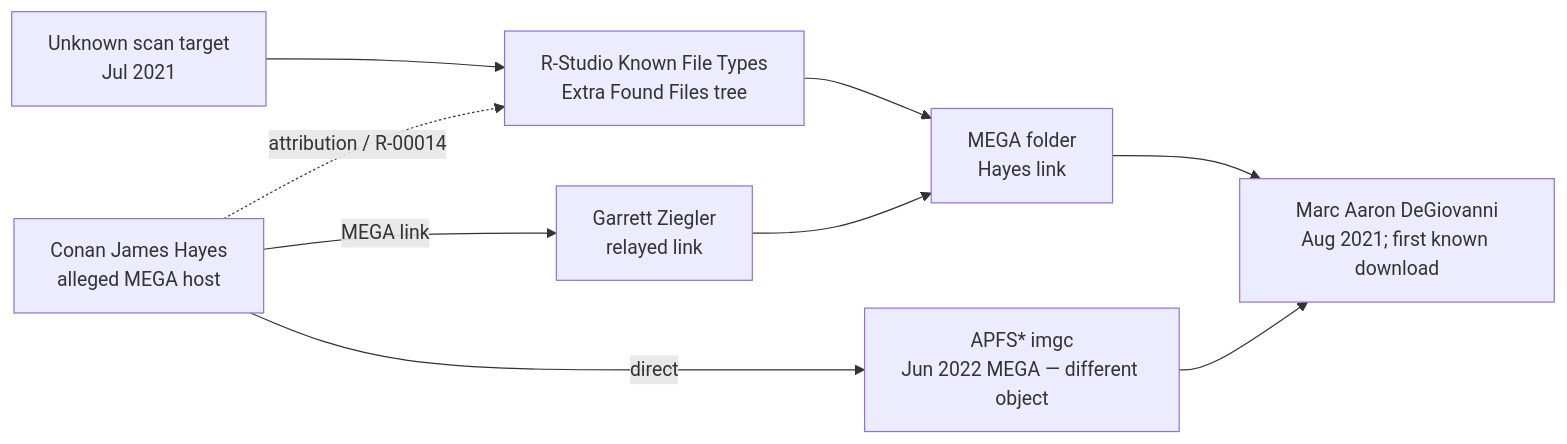
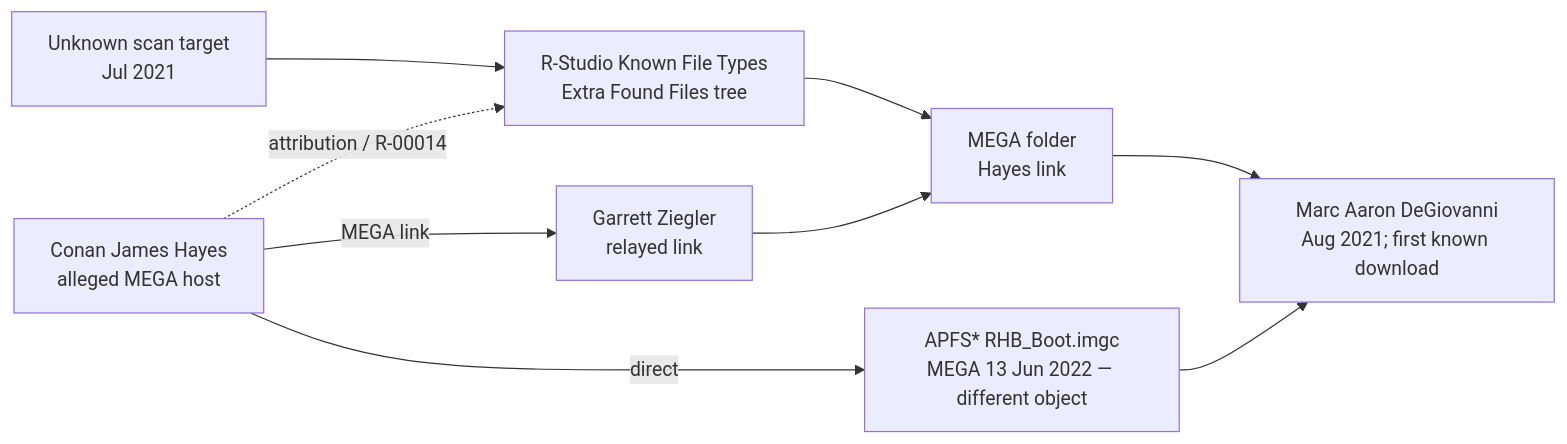
One commit to 459Crimes/HunterBidenLaptop_0728 changed the diagram in docs/diagrams/hayes_custody.mmd. Above: the diagram before and after it, drawn with Mermaid. The commit also changed 25 other files, not shown here.

First line of the commit message:
Treat APFS* as the RHB_Boot.imgc MEGA image Hayes sent on 13 June 2022.

```diff
--- a/docs/diagrams/hayes_custody.mmd
+++ b/docs/diagrams/hayes_custody.mmd
@@ -1,17 +1,17 @@
 flowchart LR
   unknown["Unknown scan target<br/>Jul 2021"]
   rstudio["R-Studio Known File Types<br/>Extra Found Files tree"]
   mega["MEGA folder<br/>Hayes link"]
   hayes["Conan James Hayes<br/>alleged MEGA host"]
   ziegler["Garrett Ziegler<br/>relayed link"]
   author["Marc Aaron DeGiovanni<br/>Aug 2021; first known download"]
-  apfs["APFS* imgc<br/>Jun 2022 MEGA — different object"]
+  apfs["APFS* RHB_Boot.imgc<br/>MEGA 13 Jun 2022 — different object"]
 
   unknown --> rstudio
   rstudio --> mega
   hayes -->|MEGA link| ziegler
   hayes -.->|attribution / R-00014| rstudio
   ziegler --> mega
   mega --> author
   hayes -->|direct| apfs
   apfs --> author
```
